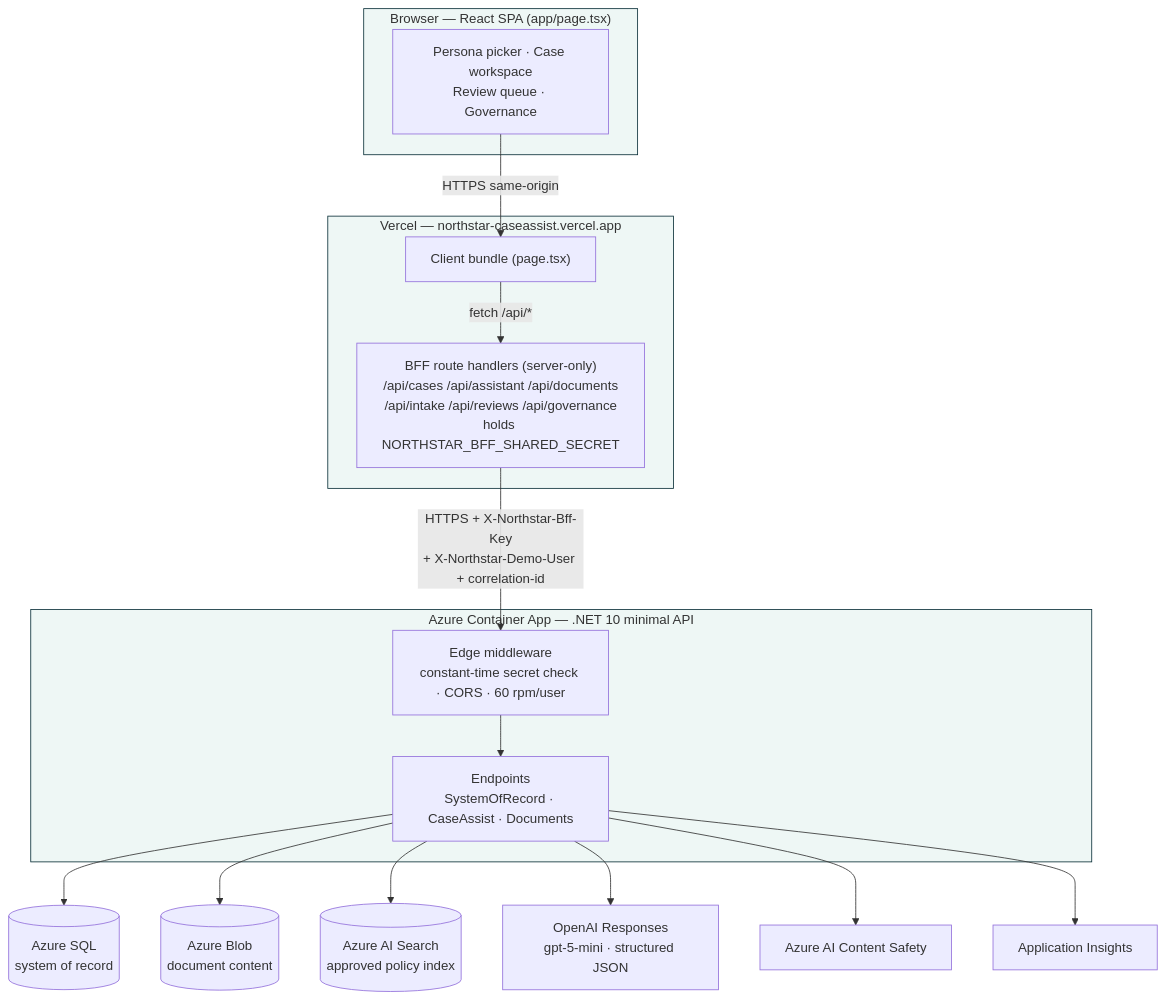
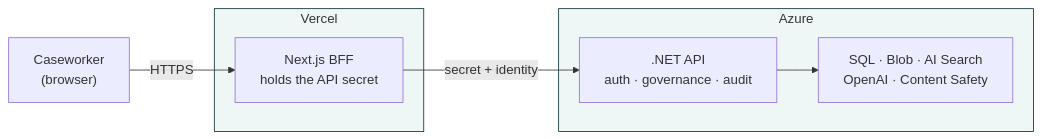
One commit to Jrjoseph831/northstar-caseassist changed the diagram in docs/diagrams/diagram-1.mmd. Above: the diagram before and after it, drawn with Mermaid. The commit also changed 6 other files, not shown here.

First line of the commit message:
Rewrite architecture doc: plainer language, simpler diagrams

```diff
--- a/docs/diagrams/diagram-1.mmd
+++ b/docs/diagrams/diagram-1.mmd
@@ -1,35 +1,14 @@
-flowchart TD
-    subgraph BROWSER["Browser — React SPA (app/page.tsx)"]
-        UI["Persona picker · Case workspace<br/>Review queue · Governance"]
+flowchart LR
+    U["Caseworker<br/>(browser)"]
+    subgraph V["Vercel"]
+        BFF["Next.js BFF<br/>holds the API secret"]
     end
-
-    subgraph VERCEL["Vercel — northstar-caseassist.vercel.app"]
-        CLIENT["Client bundle (page.tsx)"]
-        BFF["BFF route handlers (server-only)<br/>/api/cases /api/assistant /api/documents<br/>/api/intake /api/reviews /api/governance<br/>holds NORTHSTAR_BFF_SHARED_SECRET"]
+    subgraph A["Azure"]
+        API[".NET API<br/>auth · governance · audit"]
+        SVC["SQL · Blob · AI Search<br/>OpenAI · Content Safety"]
     end
-
-    subgraph AZURE["Azure Container App — .NET 10 minimal API"]
-        EDGE["Edge middleware<br/>constant-time secret check · CORS · 60 rpm/user"]
-        EP["Endpoints<br/>SystemOfRecord · CaseAssist · Documents"]
-    end
-
-    SQL[("Azure SQL<br/>system of record")]
-    BLOB[("Azure Blob<br/>document content")]
-    SEARCH[("Azure AI Search<br/>approved policy index")]
-    OPENAI["OpenAI Responses<br/>gpt-5-mini · structured JSON"]
-    SAFETY["Azure AI Content Safety"]
-    INSIGHTS["Application Insights"]
-
-    UI -->|"HTTPS same-origin"| CLIENT
-    CLIENT -->|"fetch /api/*"| BFF
-    BFF -->|"HTTPS + X-Northstar-Bff-Key<br/>+ X-Northstar-Demo-User + correlation-id"| EDGE
-    EDGE --> EP
-    EP --> SQL
-    EP --> BLOB
-    EP --> SEARCH
-    EP --> OPENAI
-    EP --> SAFETY
-    EP --> INSIGHTS
-
-    classDef boundary fill:#eef7f5,stroke:#0b3039,stroke-width:1px;
-    class BROWSER,VERCEL,AZURE boundary;
+    U -->|"HTTPS"| BFF
+    BFF -->|"secret + identity"| API
+    API --> SVC
+    classDef b fill:#eef7f5,stroke:#0b3039;
+    class V,A b;
```
